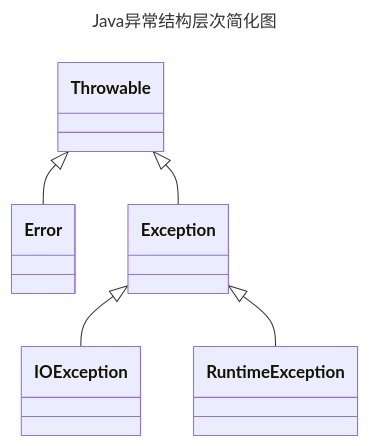
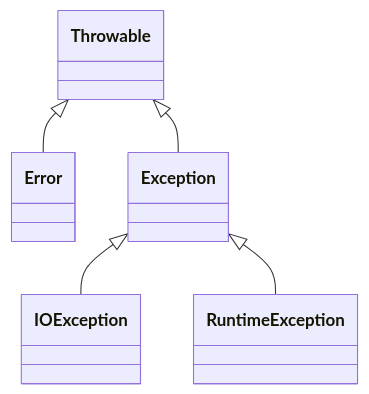
The diagram in Core Java/第七章 异常、断言和日志.md (WwhdsOne/LearningNotes), drawn with Mermaid before and after one commit. The commit also changed other lines of this file and 23 other files, not shown here.

Commit message:
新增Core Java学习，javascript内容，将所有图片转为链接形式，修改汇编第一次作业和计组第二次作业

````diff
--- a/Core Java/第七章 异常、断言和日志.md
+++ b/Core Java/第七章 异常、断言和日志.md
@@ -7,11 +9,8 @@
 ```mermaid
----
-title: Java异常结构层次简化图
----
 classDiagram
     Throwable <|-- Error
     Throwable <|-- Exception
     Exception <|-- IOException
     Exception <|-- RuntimeException
     
 ```
````
